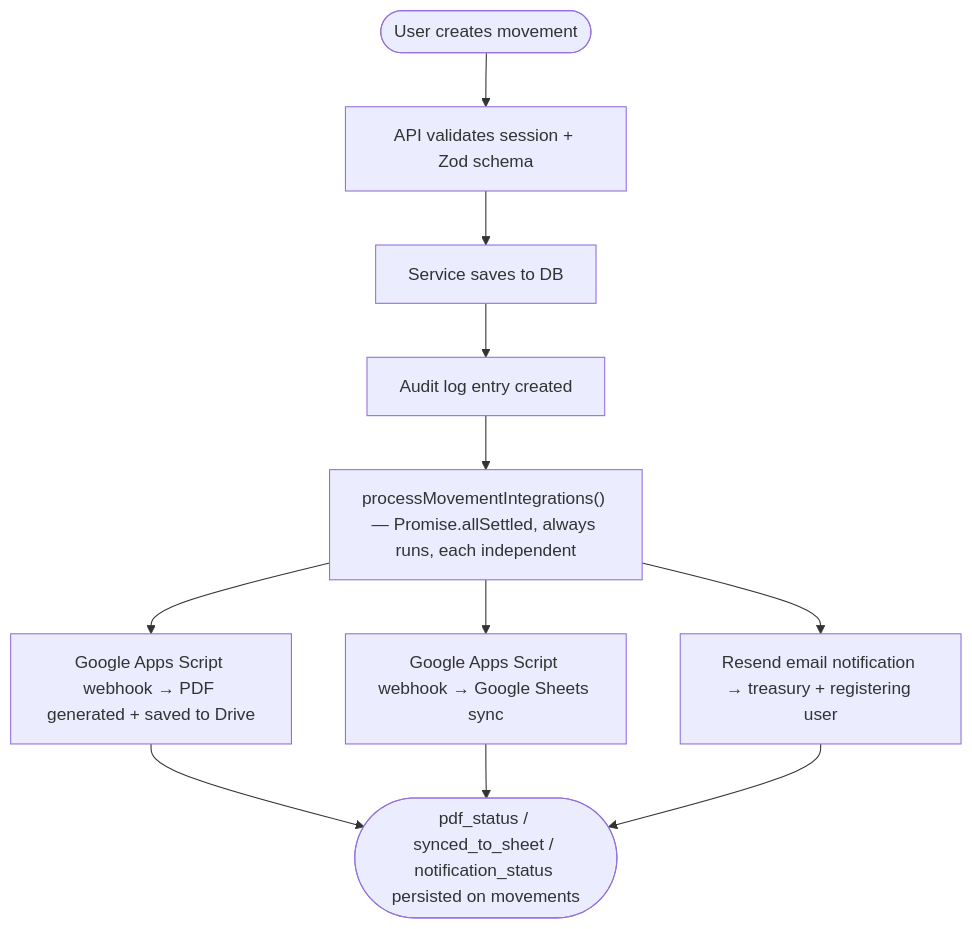
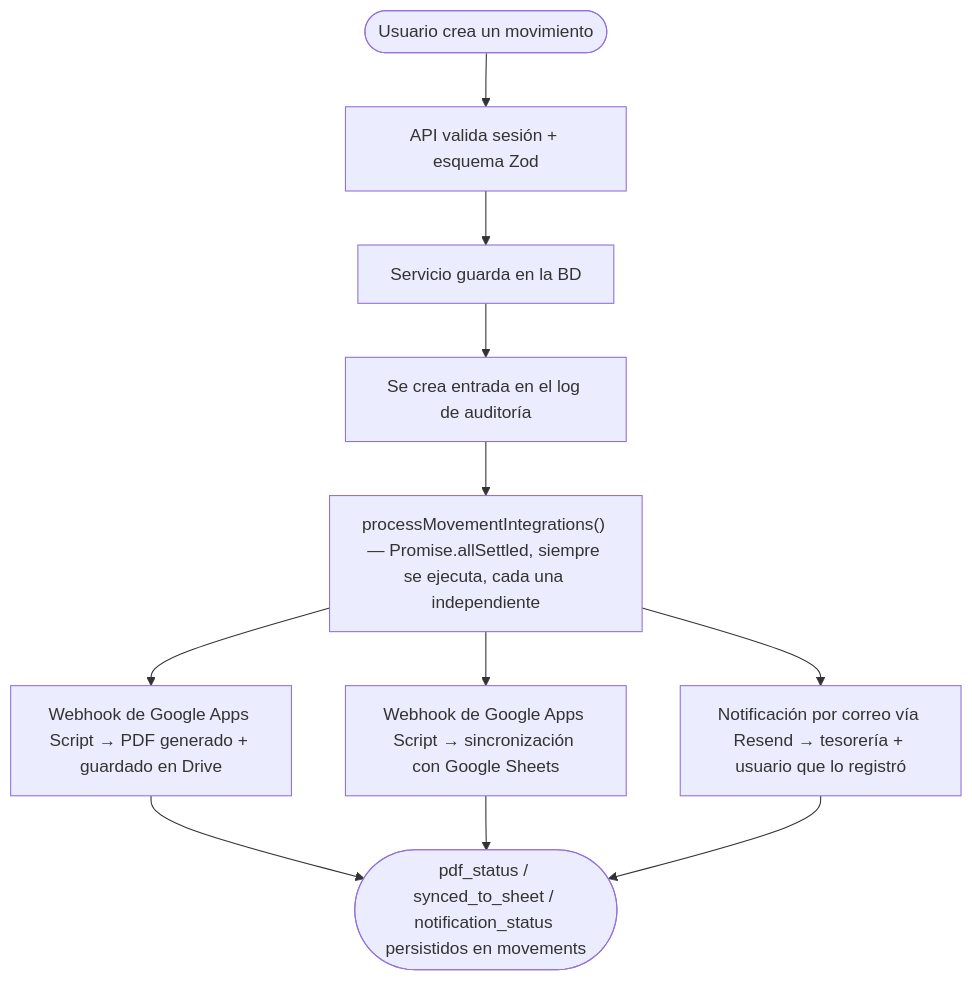
One commit to Torfel0312/sistema_contable_pibt changed the fifth of 11 diagrams in docs/flows.md. Above: the diagram before and after it, drawn with Mermaid. The commit also changed other lines of this file and 11 other files, not shown here.

Commit message:
docs: refresh roles/permissions/auth docs and translate diagrams to Spanish (#83)

````diff
--- a/docs/flows.md
+++ b/docs/flows.md
@@ -140,13 +144,13 @@
 ```mermaid
 flowchart TD
-    A([User creates movement]) --> B[API validates session + Zod schema]
-    B --> C[Service saves to DB]
-    C --> E[Audit log entry created]
-    E --> F["processMovementIntegrations() — Promise.allSettled, always runs, each independent"]
-    F --> G[Google Apps Script webhook → PDF generated + saved to Drive]
-    F --> I[Google Apps Script webhook → Google Sheets sync]
-    F --> J[Resend email notification → treasury + registering user]
-    G --> K([pdf_status / synced_to_sheet / notification_status persisted on movements])
+    A(["Usuario crea un movimiento"]) --> B["API valida sesión + esquema Zod"]
+    B --> C[Servicio guarda en la BD]
+    C --> E[Se crea entrada en el log de auditoría]
+    E --> F["processMovementIntegrations() — Promise.allSettled, siempre se ejecuta, cada una independiente"]
+    F --> G[Webhook de Google Apps Script → PDF generado + guardado en Drive]
+    F --> I[Webhook de Google Apps Script → sincronización con Google Sheets]
+    F --> J[Notificación por correo vía Resend → tesorería + usuario que lo registró]
+    G --> K(["pdf_status / synced_to_sheet / notification_status persistidos en movements"])
     I --> K
     J --> K
 ```
````
